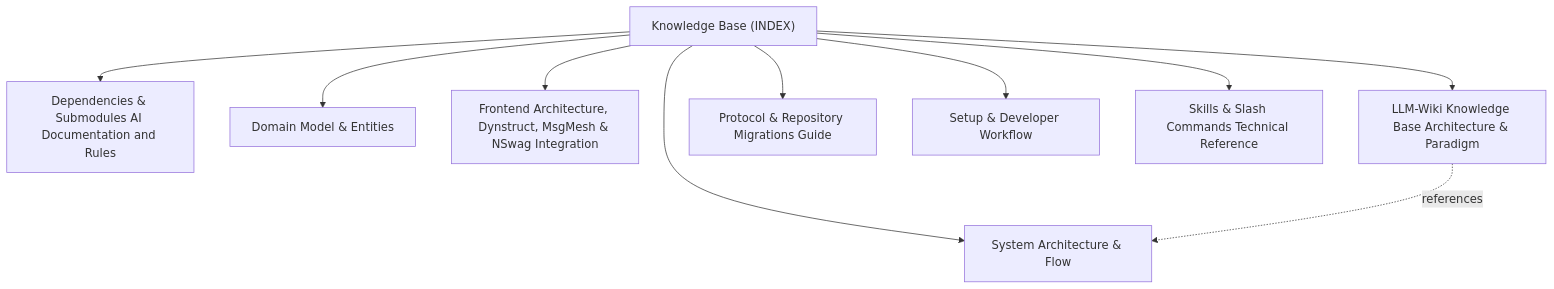
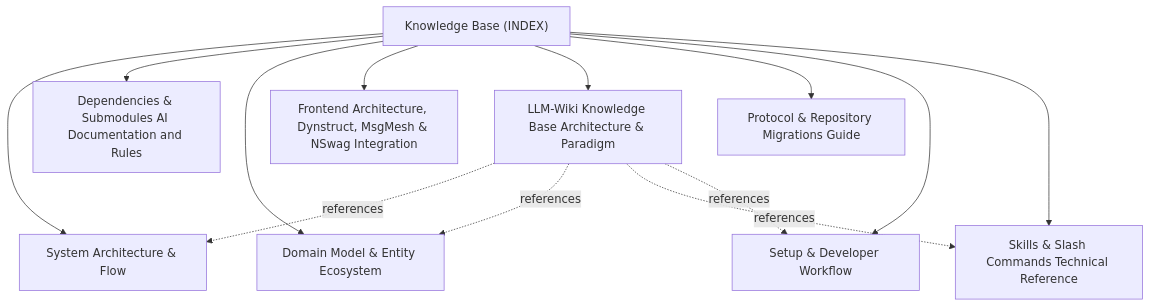
The diagram in docs/INDEX.md (actdim/agents), drawn with Mermaid before and after one commit. The commit also changed other lines of this file and 39 other files, not shown here.

````diff
--- a/docs/INDEX.md
+++ b/docs/INDEX.md
@@ -18,21 +18,24 @@
 ```mermaid
 flowchart TD
     INDEX["Knowledge Base (INDEX)"]
     T_ARCHITECTURE["System Architecture & Flow"]
     INDEX --> T_ARCHITECTURE
     T_DEPENDENCIES["Dependencies & Submodules AI Documentation and Rules"]
     INDEX --> T_DEPENDENCIES
-    T_DOMAIN_MODEL["Domain Model & Entities"]
+    T_DOMAIN_MODEL["Domain Model & Entity Ecosystem"]
     INDEX --> T_DOMAIN_MODEL
     T_FRONTEND_FRAMEWORKS["Frontend Architecture, Dynstruct, MsgMesh & NSwag Integration"]
     INDEX --> T_FRONTEND_FRAMEWORKS
     T_LLM_WIKI_ARCHITECTURE["LLM-Wiki Knowledge Base Architecture & Paradigm"]
     INDEX --> T_LLM_WIKI_ARCHITECTURE
     T_MIGRATIONS["Protocol & Repository Migrations Guide"]
     INDEX --> T_MIGRATIONS
     T_SETUP_AND_WORKFLOW["Setup & Developer Workflow"]
     INDEX --> T_SETUP_AND_WORKFLOW
     T_SKILLS_REFERENCE["Skills & Slash Commands Technical Reference"]
     INDEX --> T_SKILLS_REFERENCE
     T_LLM_WIKI_ARCHITECTURE -.->|references| T_ARCHITECTURE
+    T_LLM_WIKI_ARCHITECTURE -.->|references| T_DOMAIN_MODEL
+    T_LLM_WIKI_ARCHITECTURE -.->|references| T_SKILLS_REFERENCE
+    T_LLM_WIKI_ARCHITECTURE -.->|references| T_SETUP_AND_WORKFLOW
 ```
````
